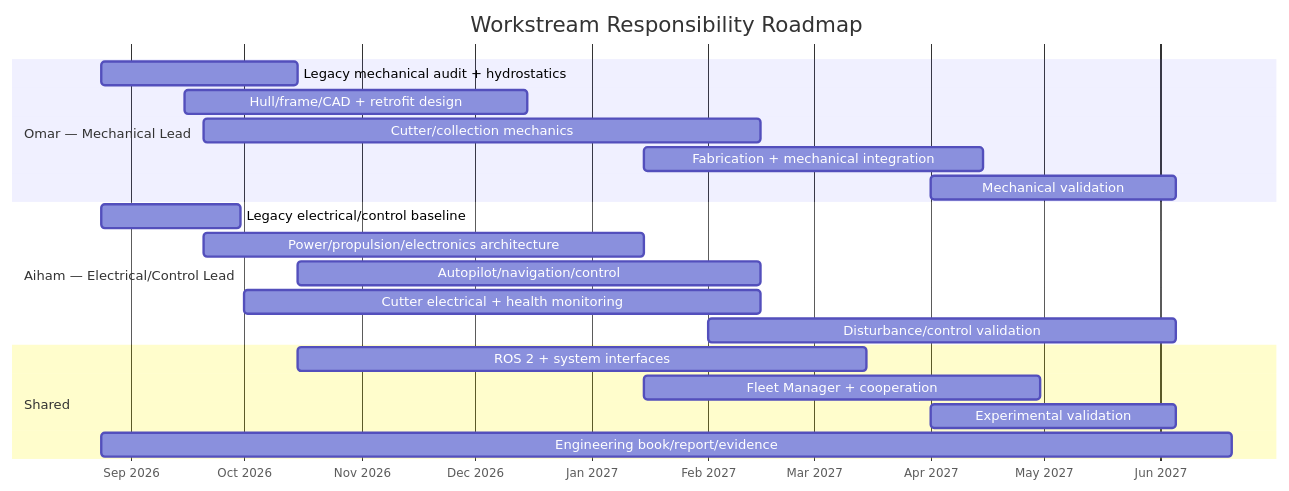
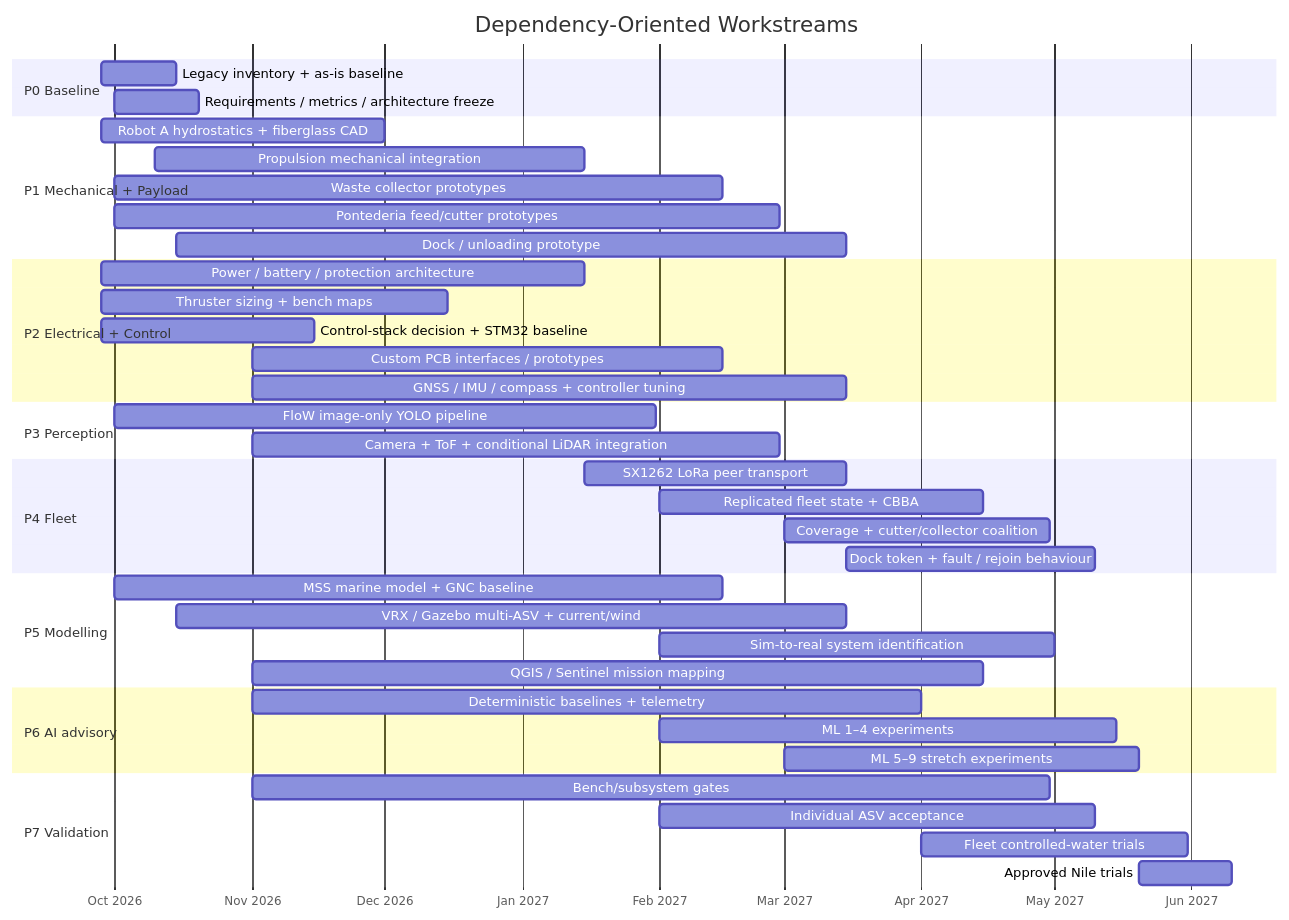
One commit to aihamawd/asv-nile-cleaning-swarm changed the second of 2 diagrams in docs/project-management/GANTT.md. Above: the diagram before and after it, drawn with Mermaid. The commit also changed other lines of this file and 19 other files, not shown here.

Commit message:
Rebaseline architecture, schedule, procurement, and subsystem documentation

````diff
--- a/docs/project-management/GANTT.md
+++ b/docs/project-management/GANTT.md
@@ -35,26 +35,51 @@
 ```mermaid
 gantt
-    title Workstream Responsibility Roadmap
-    dateFormat  YYYY-MM-DD
-    axisFormat  %b %Y
+    title Dependency-Oriented Workstreams
+    dateFormat YYYY-MM-DD
+    axisFormat %b %Y
 
-    section Omar — Mechanical Lead
-    Legacy mechanical audit + hydrostatics    :2026-08-24, 2026-10-15
-    Hull/frame/CAD + retrofit design           :2026-09-15, 2026-12-15
-    Cutter/collection mechanics               :2026-09-20, 2027-02-15
-    Fabrication + mechanical integration       :2027-01-15, 2027-04-15
-    Mechanical validation                      :2027-04-01, 2027-06-05
+    section P0 Baseline
+    Legacy inventory + as-is baseline                 :2026-09-28, 2026-10-15
+    Requirements / metrics / architecture freeze      :2026-10-01, 2026-10-20
 
-    section Aiham — Electrical/Control Lead
-    Legacy electrical/control baseline        :2026-08-24, 2026-09-30
-    Power/propulsion/electronics architecture  :2026-09-20, 2027-01-15
-    Autopilot/navigation/control               :2026-10-15, 2027-02-15
-    Cutter electrical + health monitoring      :2026-10-01, 2027-02-15
-    Disturbance/control validation             :2027-02-01, 2027-06-05
+    section P1 Mechanical + Payload
+    Robot A hydrostatics + fiberglass CAD             :2026-09-28, 2026-12-01
+    Propulsion mechanical integration                  :2026-10-10, 2027-01-15
+    Waste collector prototypes                         :2026-10-01, 2027-02-15
+    Pontederia feed/cutter prototypes                  :2026-10-01, 2027-02-28
+    Dock / unloading prototype                         :2026-10-15, 2027-03-15
 
-    section Shared
-    ROS 2 + system interfaces                  :2026-10-15, 2027-03-15
-    Fleet Manager + cooperation                :2027-01-15, 2027-04-30
-    Experimental validation                    :2027-04-01, 2027-06-05
-    Engineering book/report/evidence           :2026-08-24, 2027-06-20
+    section P2 Electrical + Control
+    Power / battery / protection architecture         :2026-09-28, 2027-01-15
+    Thruster sizing + bench maps                       :2026-09-28, 2026-12-15
+    Control-stack decision + STM32 baseline            :2026-09-28, 2026-11-15
+    Custom PCB interfaces / prototypes                 :2026-11-01, 2027-02-15
+    GNSS / IMU / compass + controller tuning           :2026-11-01, 2027-03-15
+
+    section P3 Perception
+    FloW image-only YOLO pipeline                      :2026-10-01, 2027-01-31
+    Camera + ToF + conditional LiDAR integration       :2026-11-01, 2027-02-28
+
+    section P4 Fleet
+    SX1262 LoRa peer transport                         :2027-01-15, 2027-03-15
+    Replicated fleet state + CBBA                      :2027-02-01, 2027-04-15
+    Coverage + cutter/collector coalition              :2027-03-01, 2027-04-30
+    Dock token + fault / rejoin behaviour              :2027-03-15, 2027-05-10
+
+    section P5 Modelling
+    MSS marine model + GNC baseline                    :2026-10-01, 2027-02-15
+    VRX / Gazebo multi-ASV + current/wind              :2026-10-15, 2027-03-15
+    Sim-to-real system identification                  :2027-02-01, 2027-05-01
+    QGIS / Sentinel mission mapping                    :2026-11-01, 2027-04-15
+
+    section P6 AI advisory
+    Deterministic baselines + telemetry                :2026-11-01, 2027-04-01
+    ML 1–4 experiments                                 :2027-02-01, 2027-05-15
+    ML 5–9 stretch experiments                         :2027-03-01, 2027-05-20
+
+    section P7 Validation
+    Bench/subsystem gates                              :2026-11-01, 2027-04-30
+    Individual ASV acceptance                          :2027-02-01, 2027-05-10
+    Fleet controlled-water trials                      :2027-04-01, 2027-05-31
+    Approved Nile trials                               :2027-05-20, 2027-06-10
 ```
````
